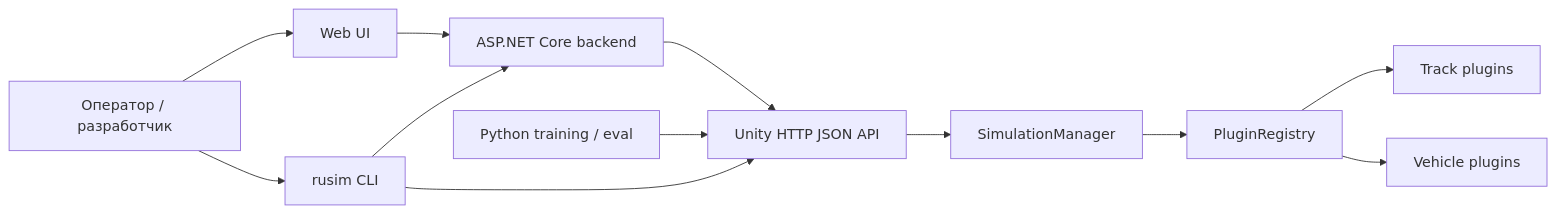
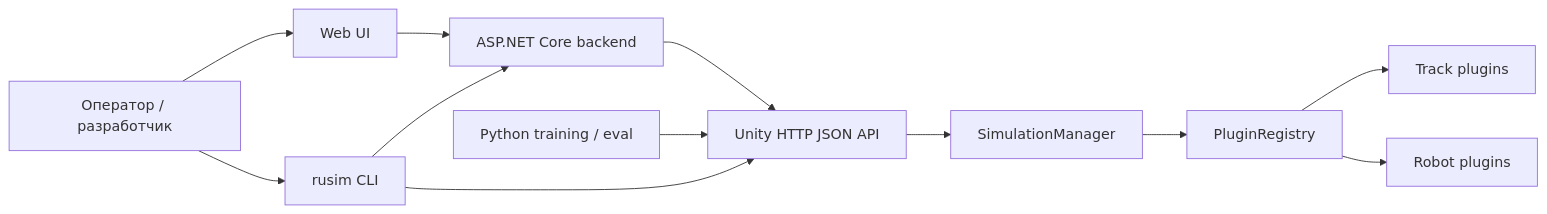
Before and after one commit to uav-simulator/uavsimulator: the first of 2 diagrams in docs/architecture.md, drawn with Mermaid. The commit also changed other lines of this file and 14 other files, not shown here.

````diff
--- a/docs/architecture.md
+++ b/docs/architecture.md
@@ -11,14 +11,14 @@
 ```mermaid
 flowchart LR
     User["Оператор / разработчик"] --> UI["Web UI"]
     User --> CLI["rusim CLI"]
     UI --> Backend["ASP.NET Core backend"]
     CLI --> Backend
     CLI --> RuntimeApi["Unity HTTP JSON API"]
     Backend --> RuntimeApi
     RuntimeApi --> SimCore["SimulationManager"]
     SimCore --> Plugins["PluginRegistry"]
     Plugins --> Track["Track plugins"]
-    Plugins --> Vehicle["Vehicle plugins"]
+    Plugins --> Vehicle["Robot plugins"]
     Python["Python training / eval"] --> RuntimeApi
 ```
````
